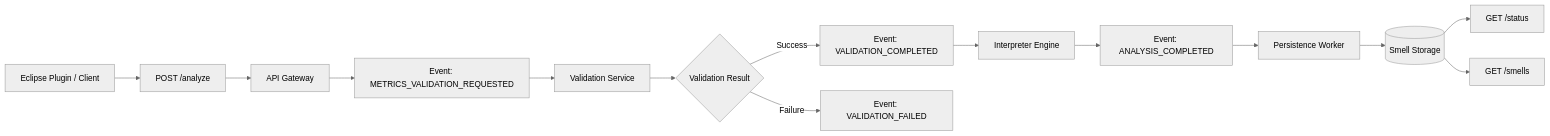
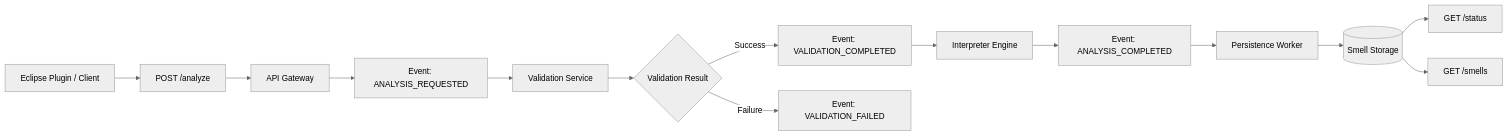
Before and after one commit to MathDEV-0/SmellHunterAPI: the diagram in README.md, drawn with Mermaid (neutral theme). The commit also changed other lines of this file and 8 other files, not shown here.

Commit message:
refactor: introduce analysis_request event to represent the start of the pipeline instead of metrics_validation_request

````diff
--- a/README.md
+++ b/README.md
@@ -82,27 +79,27 @@
 ```mermaid
 flowchart LR
 
 A[Eclipse Plugin / Client] --> B[POST /analyze]
 
 B --> C[API Gateway]
 
-C --> D[Event: METRICS_VALIDATION_REQUESTED]
+C --> D[Event: ANALYSIS_REQUESTED]
 
 D --> E[Validation Service]
 
 E --> F{Validation Result}
 
 F -->|Success| G[Event: VALIDATION_COMPLETED]
 F -->|Failure| X[Event: VALIDATION_FAILED]
 
 G --> H[Interpreter Engine]
 
 H --> I[Event: ANALYSIS_COMPLETED]
 
 I --> J[Persistence Worker]
 
 J --> K[(Smell Storage)]
 
 K --> L[GET /status]
 K --> M[GET /smells]
 ```
````
